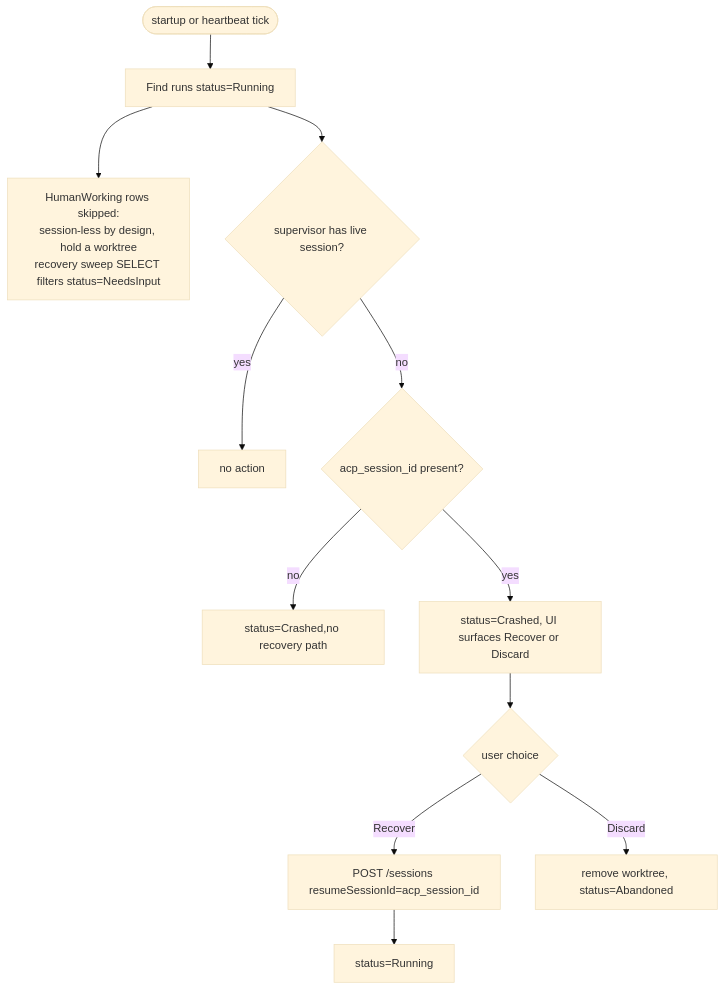
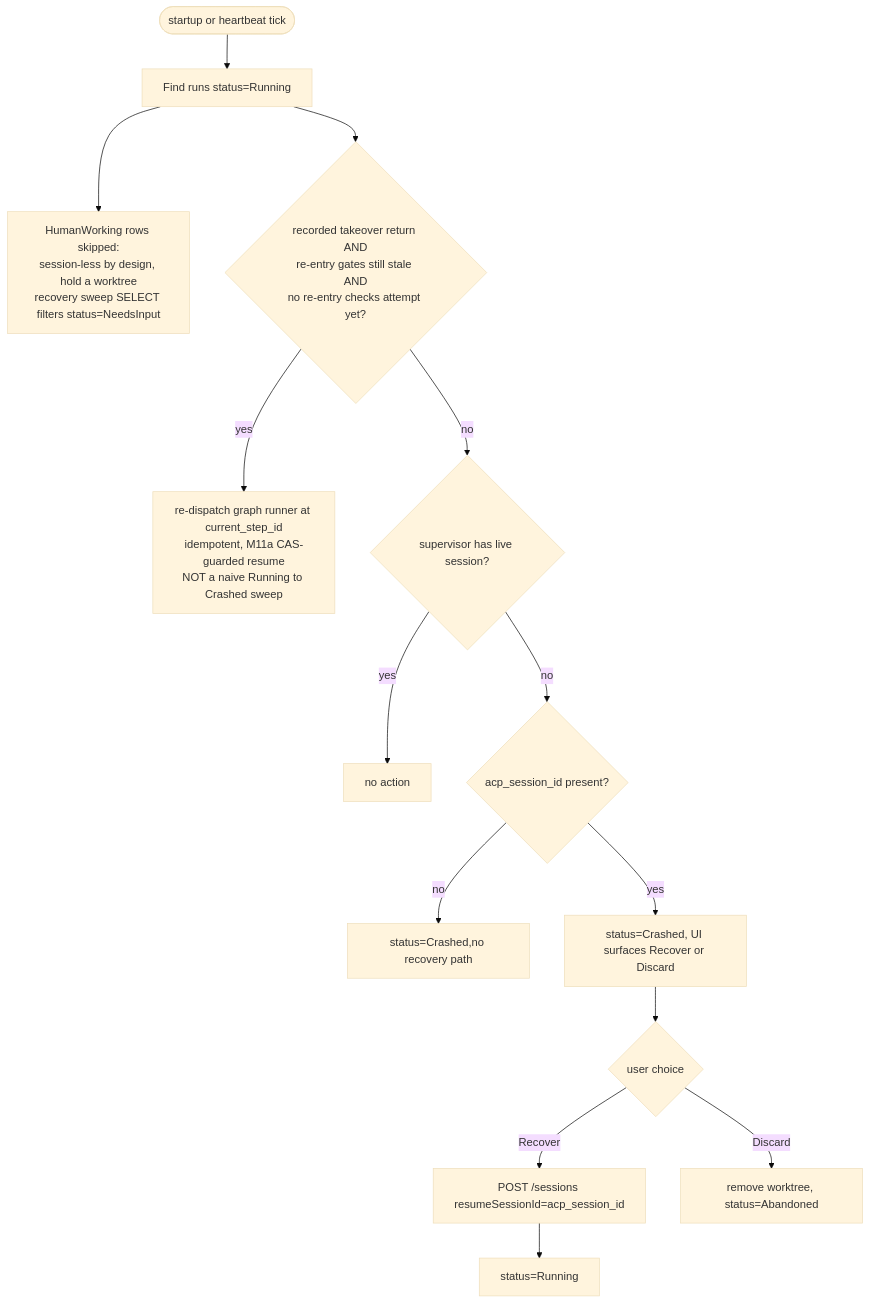
Before and after one commit to maister-dev/maister: the fourth of 4 diagrams in docs/system-analytics/runs.md, drawn with Mermaid (base theme). The commit also changed other lines of this file and 7 other files, not shown here.

````diff
--- a/docs/system-analytics/runs.md
+++ b/docs/system-analytics/runs.md
@@ -207,14 +207,16 @@
 ```mermaid
 flowchart TD
     Start([startup or heartbeat tick]) --> Find[Find runs status=Running]
     Find --> Skip[HumanWorking rows skipped:<br/>session-less by design, hold a worktree<br/>recovery sweep SELECT filters status=NeedsInput]
-    Find --> Live{supervisor has live session?}
+    Find --> Tk{recorded takeover return AND<br/>re-entry gates still stale AND<br/>no re-entry checks attempt yet?}
+    Tk -- yes --> Redispatch[re-dispatch graph runner at current_step_id<br/>idempotent, M11a CAS-guarded resume<br/>NOT a naive Running to Crashed sweep]
+    Tk -- no --> Live{supervisor has live session?}
     Live -- yes --> OK[no action]
     Live -- no --> Cp{acp_session_id present?}
     Cp -- no --> Crash1[status=Crashed,no recovery path]
     Cp -- yes --> Crash2[status=Crashed, UI surfaces Recover or Discard]
     Crash2 --> User{user choice}
     User -- Recover --> Resume[POST /sessions resumeSessionId=acp_session_id]
     Resume --> Running[status=Running]
     User -- Discard --> Drop[remove worktree, status=Abandoned]
 ```
````
